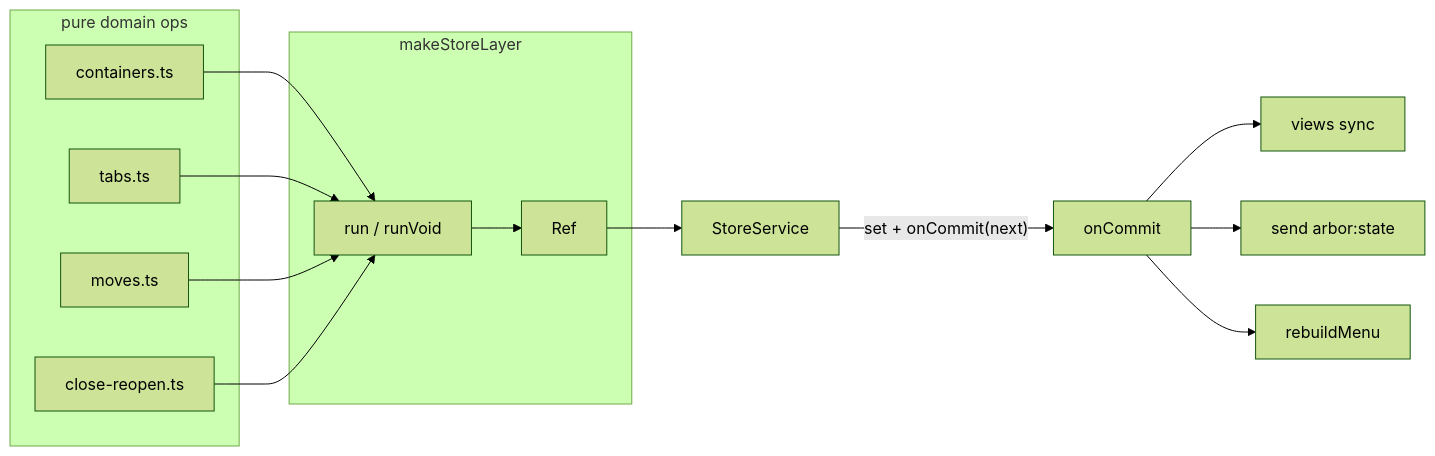
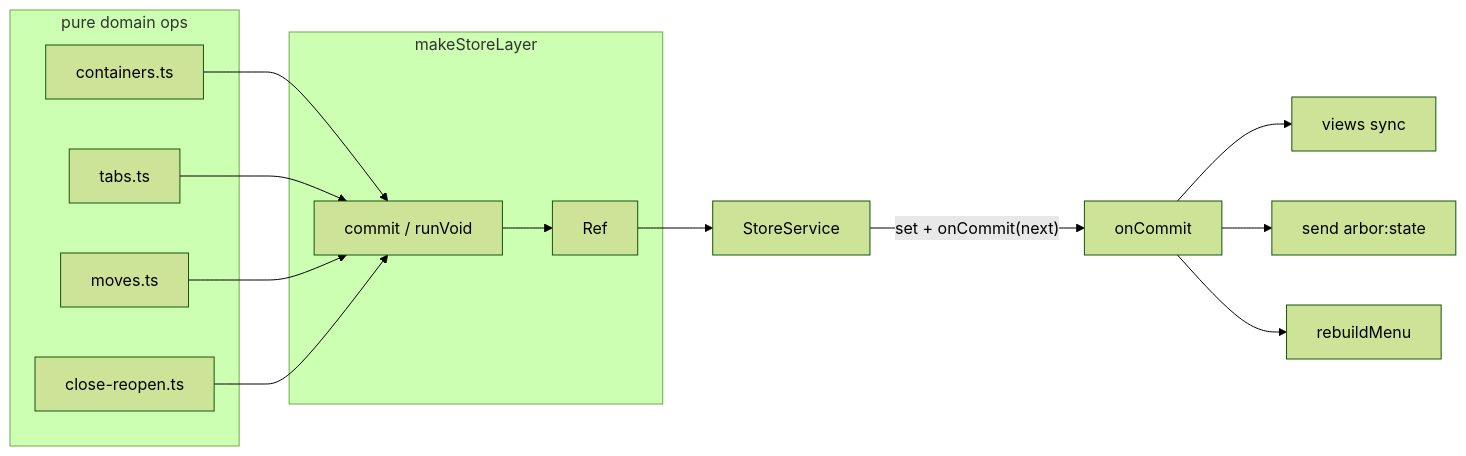
Before and after one commit to rom100main/arbor: the first of 3 diagrams in docs/architecture/03-store.md, drawn with Mermaid (forest theme). The commit also changed other lines of this file and 1 other file, not shown here.

````diff
--- a/docs/architecture/03-store.md
+++ b/docs/architecture/03-store.md
@@ -32,29 +32,29 @@
 ```mermaid
 flowchart LR
     subgraph Ops["pure domain ops"]
         CC["containers.ts"]
         TB["tabs.ts"]
         MV["moves.ts"]
         CR["close-reopen.ts"]
     end
     subgraph Lay["makeStoreLayer"]
         REF["Ref<DomainState>"]
-        RUN["run / runVoid"]
+        RUN["commit / runVoid"]
     end
     SVC["StoreService"]
     COM["onCommit"]
     OUT1["views sync"]
     OUT2["send arbor:state"]
     OUT3["rebuildMenu"]
 
     CC --> RUN
     TB --> RUN
     MV --> RUN
     CR --> RUN
     RUN --> REF
     REF --> SVC
     SVC -->|"set + onCommit(next)"| COM
     COM --> OUT1
     COM --> OUT2
     COM --> OUT3
 ```
````
